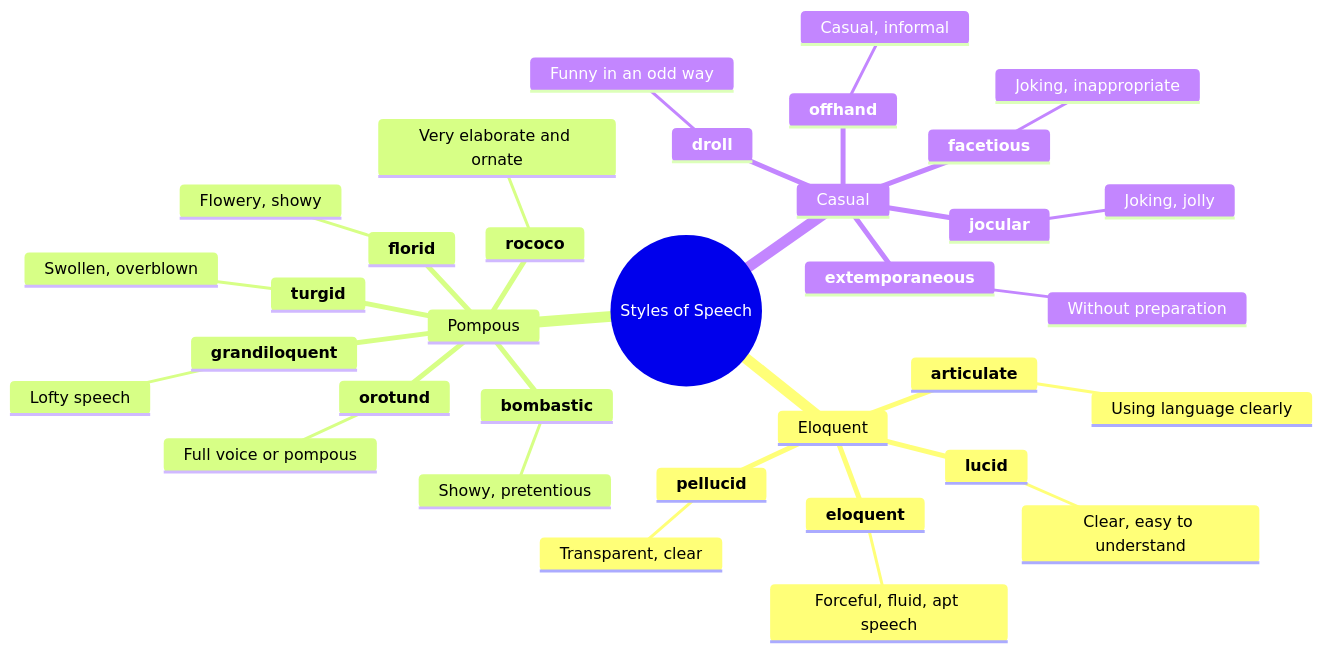
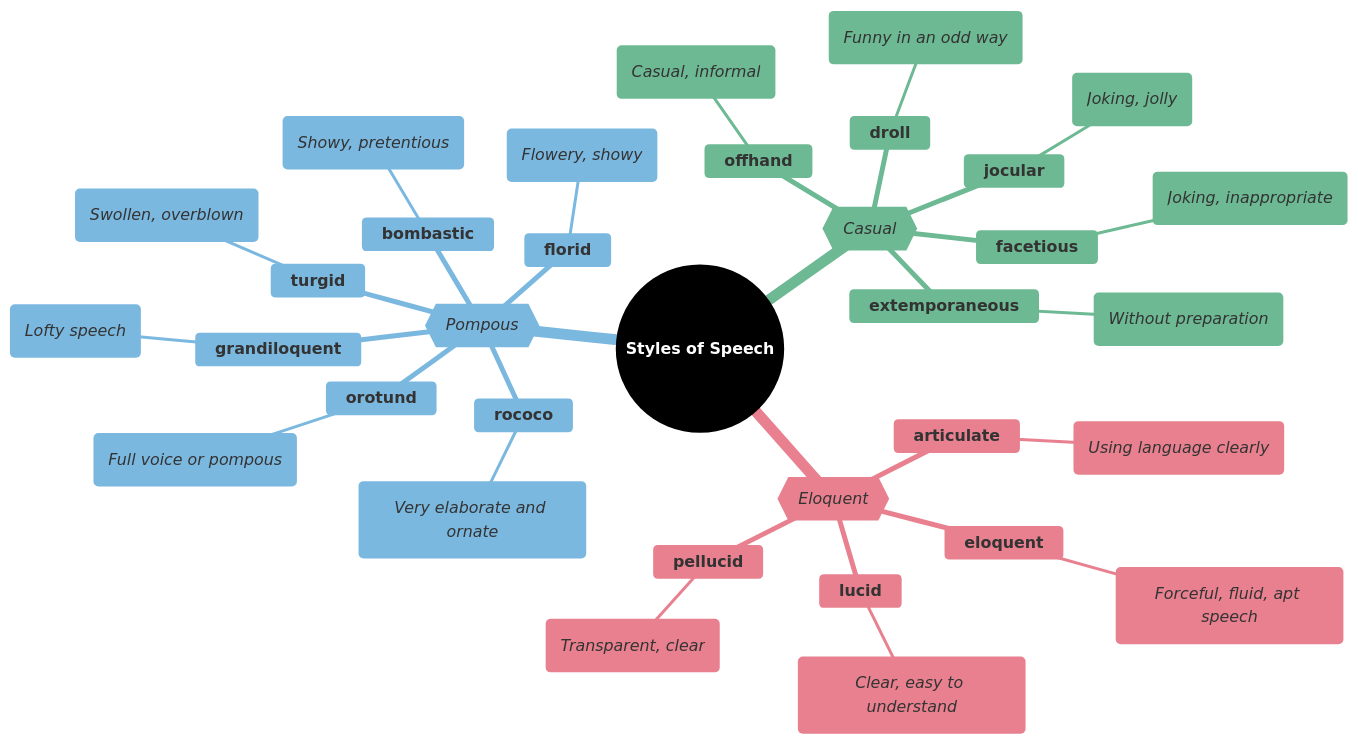
The fourth of 7 diagrams in mindmaps/10-speech-and-communication.md (95anantsingh/gre-preparation), drawn with Mermaid before and after one commit. The commit also changed other lines of this file and 14 other files, not shown here.

````diff
--- a/mindmaps/10-speech-and-communication.md
+++ b/mindmaps/10-speech-and-communication.md
@@ -144,37 +225,56 @@
 ```mermaid
+%%{
+  init: {
+    "theme": "base",
+    "themeVariables": {
+      "primaryColor": "#000000",
+      "cScale1": "#e8808f",  "cScaleInv1": "#a33445",
+      "cScale2": "#7bb8e0",  "cScaleInv2": "#266a93",
+      "cScale3": "#6db993",  "cScaleInv3": "#23543f",
+      "cScale4": "#f5d07a",  "cScaleInv4": "#c4903b",
+      "cScale5": "#b08fcc",  "cScaleInv5": "#5d3b75",
+      "cScale6": "#f09570",  "cScaleInv6": "#b84112",
+      "cScale7": "#74dace",  "cScaleInv7": "#217d72",
+      "cScale8": "#8ea8c2",  "cScaleInv8": "#32465e",
+      "cScale9": "#cc7fba",  "cScaleInv9": "#7d2868",
+      "cScale10": "#c99a78", "cScaleInv10": "#7c4e32",
+      "cScale11": "#a3a3a3", "cScaleInv11": "#3d3d3d"
+    }
+  }
+}%%
 mindmap
-  root((Styles of Speech))
-    Eloquent
+  root((<font color=white>**Styles of Speech**</font>))
+    {{_Eloquent_}}
       **eloquent**
-        Forceful, fluid, apt speech
+        (_Forceful, fluid, apt speech_)
       **articulate**
-        Using language clearly
+        (_Using language clearly_)
       **lucid**
-        Clear, easy to understand
+        (_Clear, easy to understand_)
       **pellucid**
-        Transparent, clear
-    Pompous
+        (_Transparent, clear_)
+    {{_Pompous_}}
       **bombastic**
-        Showy, pretentious
+        (_Showy, pretentious_)
       **grandiloquent**
-        Lofty speech
+        (_Lofty speech_)
       **orotund**
-        Full voice or pompous
+        (_Full voice or pompous_)
       **turgid**
-        Swollen, overblown
+        (_Swollen, overblown_)
       **florid**
-        Flowery, showy
+        (_Flowery, showy_)
       **rococo**
-        Very elaborate and ornate
-    Casual
+        (_Very elaborate and ornate_)
+    {{_Casual_}}
       **offhand**
-        Casual, informal
+        (_Casual, informal_)
       **extemporaneous**
-        Without preparation
+        (_Without preparation_)
       **facetious**
-        Joking, inappropriate
+        (_Joking, inappropriate_)
       **jocular**
-        Joking, jolly
+        (_Joking, jolly_)
       **droll**
-        Funny in an odd way
+        (_Funny in an odd way_)
 ```
````
